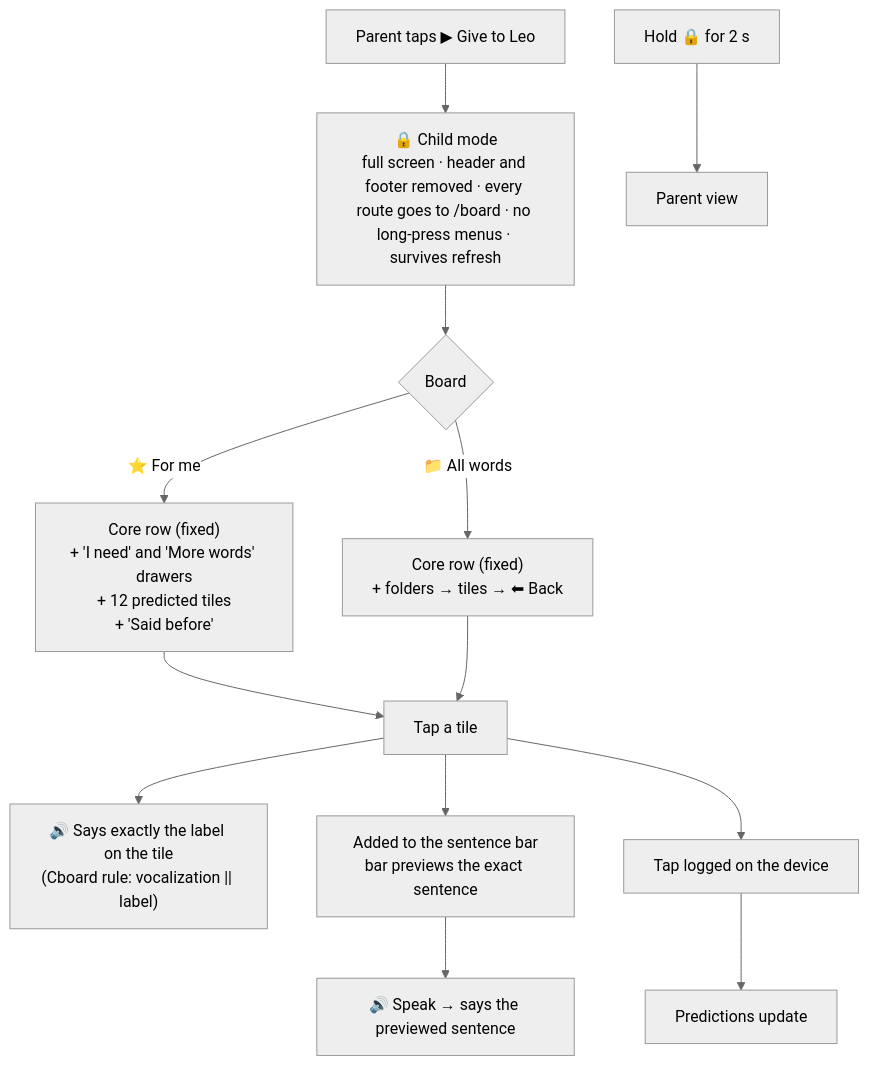
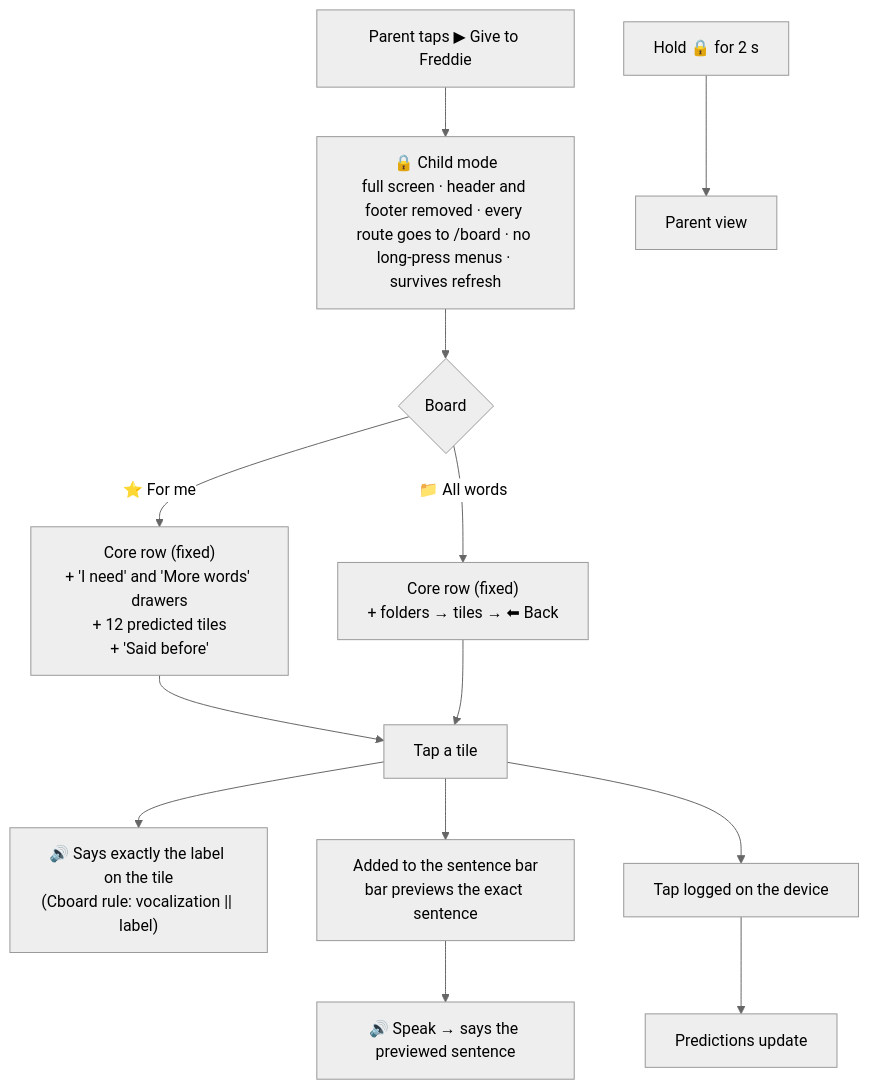
Before and after one commit to sonalverdtu/hometiles: the fourth of 5 diagrams in docs/ARCHITECTURE.md, drawn with Mermaid (neutral theme). The commit also changed other lines of this file and 16 other files, not shown here.

````diff
--- a/docs/ARCHITECTURE.md
+++ b/docs/ARCHITECTURE.md
@@ -201,15 +201,15 @@
 ```mermaid
 flowchart TB
-    G["Parent taps ▶ Give to Leo"] --> LOCK["🔒 Child mode<br/>full screen · header and footer removed · every route goes to /board · no long-press menus · survives refresh"]
+    G["Parent taps ▶ Give to Freddie"] --> LOCK["🔒 Child mode<br/>full screen · header and footer removed · every route goes to /board · no long-press menus · survives refresh"]
     LOCK --> TABS{"Board"}
     TABS -->|"⭐ For me"| SMART["Core row (fixed)<br/>+ 'I need' and 'More words' drawers<br/>+ 12 predicted tiles<br/>+ 'Said before'"]
     TABS -->|"📁 All words"| CLASSIC["Core row (fixed)<br/>+ folders → tiles → ⬅ Back"]
     SMART --> TAP["Tap a tile"]
     CLASSIC --> TAP
     TAP --> SAY["🔊 Says exactly the label on the tile<br/>(Cboard rule: vocalization || label)"]
     TAP --> BAR["Added to the sentence bar<br/>bar previews the exact sentence"]
     BAR --> SPK["🔊 Speak → says the previewed sentence"]
     TAP --> LOG["Tap logged on the device"]
     LOG --> PRED["Predictions update"]
     EXIT["Hold 🔒 for 2 s"] --> PARENT["Parent view"]
 ```
````
